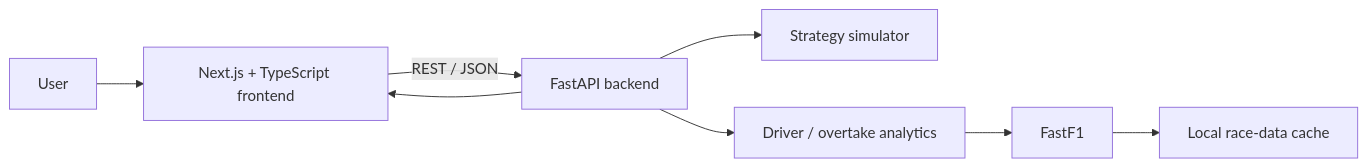
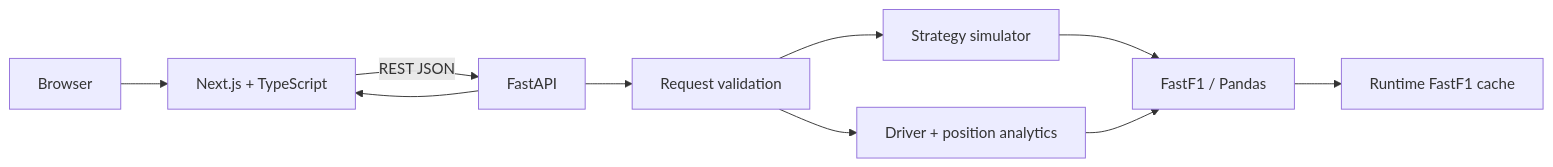
One commit to Adel-Mtr/overtakr changed the diagram in docs/architecture.md. Above: the diagram before and after it, drawn with Mermaid. The commit also changed other lines of this file and 4 other files, not shown here.

````diff
--- a/docs/architecture.md
+++ b/docs/architecture.md
@@ -7,10 +5,12 @@
 ```mermaid
 flowchart LR
-    U[User] --> F[Next.js + TypeScript frontend]
-    F -->|REST / JSON| A[FastAPI backend]
-    A --> S[Strategy simulator]
-    A --> D[Driver / overtake analytics]
-    D --> FF[FastF1]
-    FF --> C[Local race-data cache]
+    U[Browser] --> F[Next.js + TypeScript]
+    F -->|REST JSON| A[FastAPI]
+    A --> V[Request validation]
+    V --> S[Strategy simulator]
+    V --> D[Driver + position analytics]
+    S --> FF[FastF1 / Pandas]
+    D --> FF
+    FF --> C[Runtime FastF1 cache]
     A --> F
 ```
````
